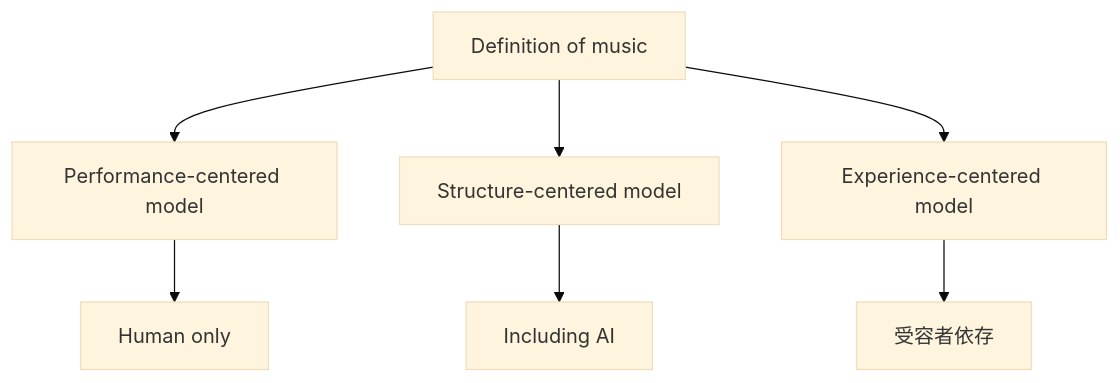
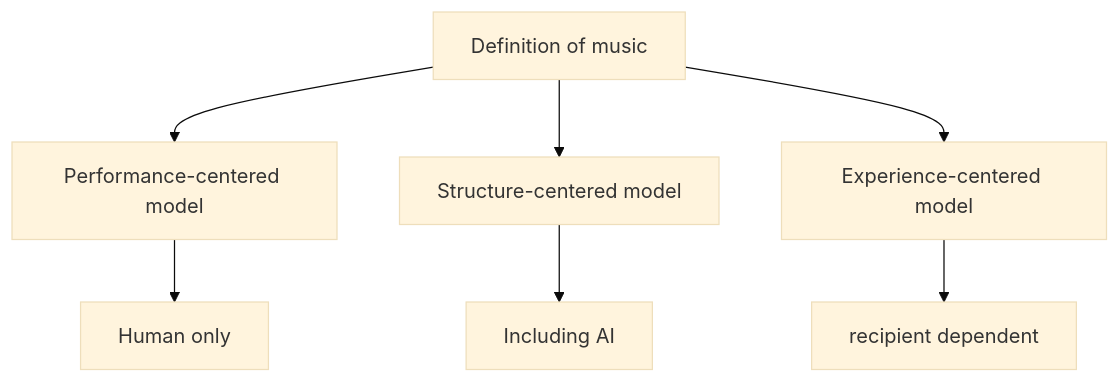
Before and after one commit to monumental-movement/monumental-movement.github.io: the fourth of 4 diagrams in en/_posts/2026-06-27-column-ai-music-future.md, drawn with Mermaid (base theme). The commit also changed other lines of this file and 423 other files, not shown here.

```diff
--- a/en/_posts/2026-06-27-column-ai-music-future.md
+++ b/en/_posts/2026-06-27-column-ai-music-future.md
@@ -216,9 +216,9 @@
 <div class="mermaid">
 flowchart TD
 A["Definition of music"] --> B["Performance-centered model"]
 A --> C["Structure-centered model"]
 A --> D["Experience-centered model"]
 B --> E["Human only"]
 C --> F["Including AI"]
-D --> G["受容者依存"]
+D --> G["recipient dependent"]
 </div>
```
